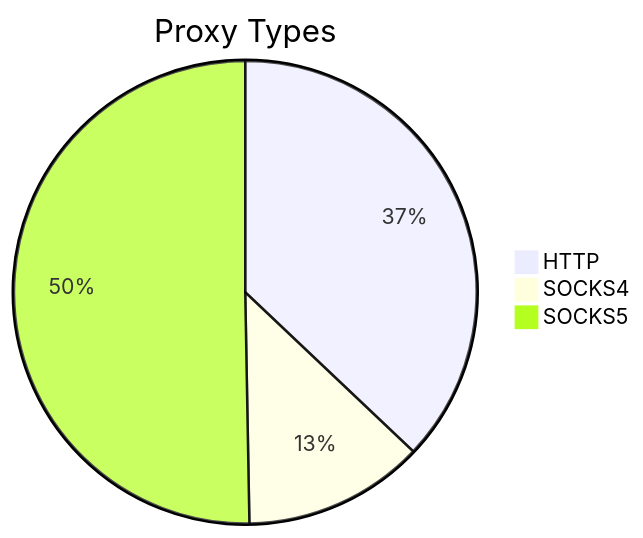
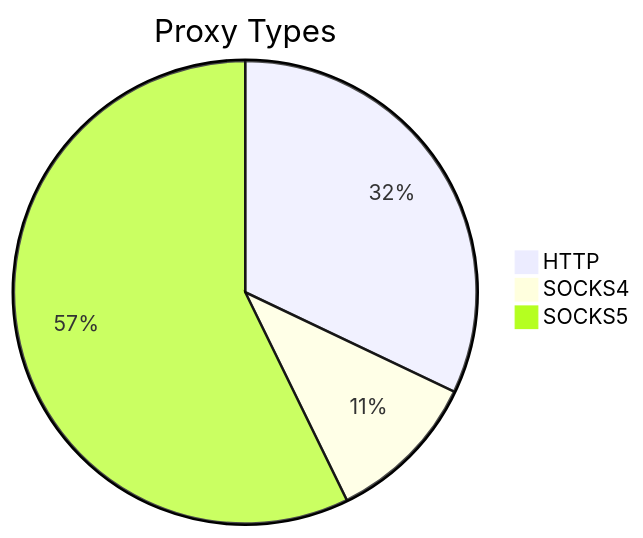
One commit to stormsia/proxy-list changed the first of 2 diagrams in README.md. Above: the diagram before and after it, drawn with Mermaid. The commit also changed other lines of this file, not shown here.

````diff
--- a/README.md
+++ b/README.md
@@ -21,6 +21,6 @@
 ```mermaid
 pie title Proxy Types
-    "HTTP" : 129
-    "SOCKS4" : 44
-    "SOCKS5" : 175
+    "HTTP" : 51
+    "SOCKS4" : 17
+    "SOCKS5" : 91
 ```
````
